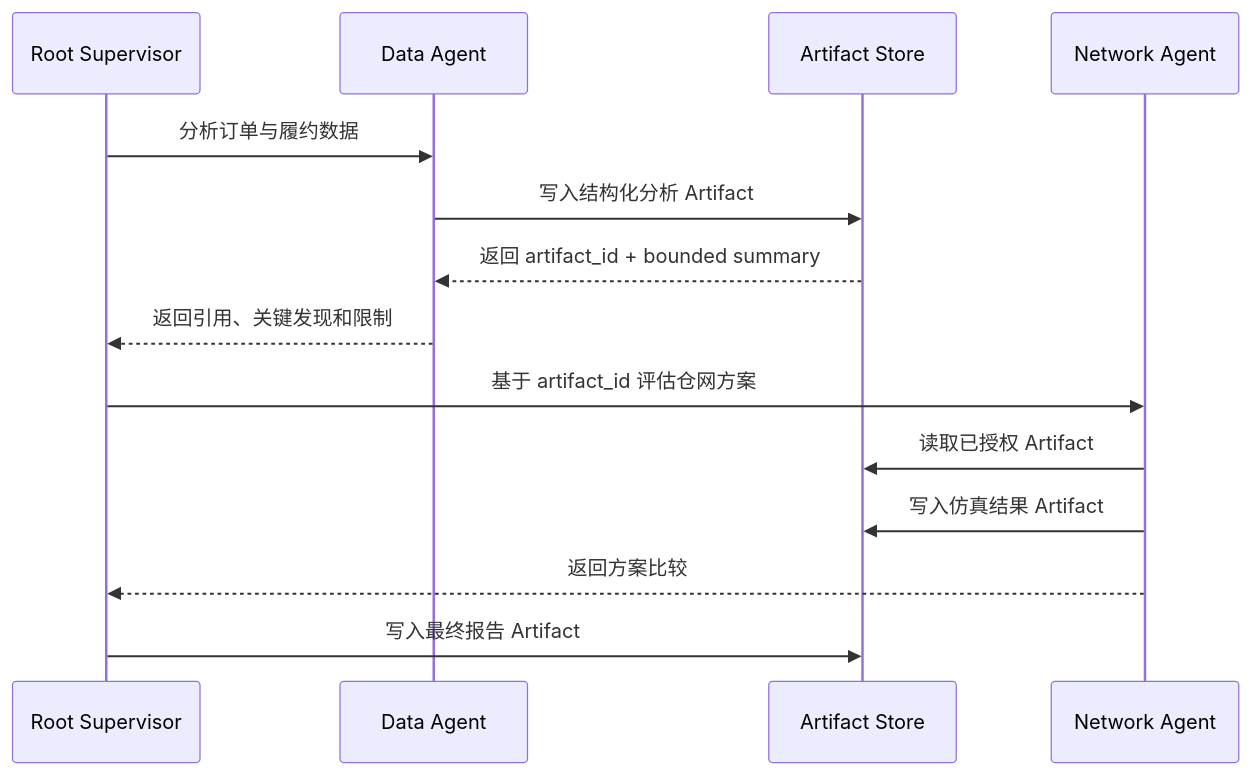
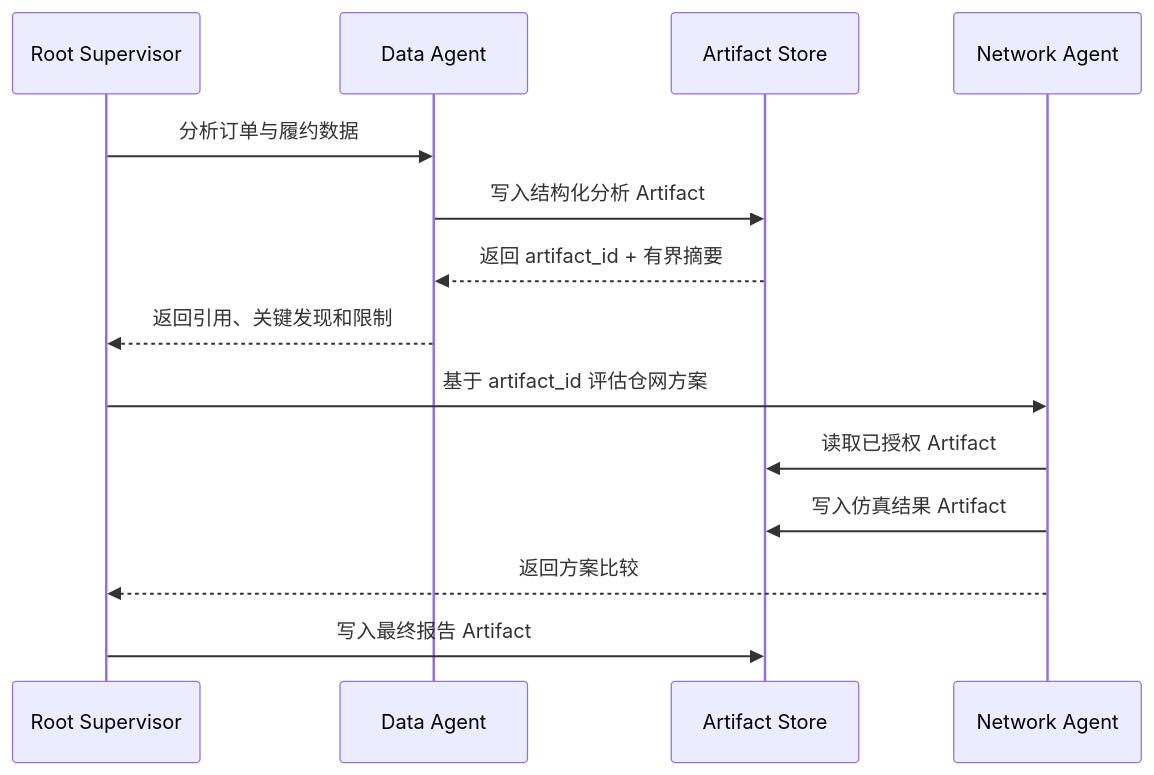
One commit to JO-WTF/open-web-codex changed the second of 6 diagrams in docs/enterprise-agent-platform-architecture.md. Above: the diagram before and after it, drawn with Mermaid. The commit also changed other lines of this file, not shown here.

Commit message:
docs: refine enterprise agent platform architecture

````diff
--- a/docs/enterprise-agent-platform-architecture.md
+++ b/docs/enterprise-agent-platform-architecture.md
@@ -1537,17 +1311,17 @@
 ```mermaid
 sequenceDiagram
     participant S as Root Supervisor
     participant D as Data Agent
     participant A as Artifact Store
     participant N as Network Agent
 
     S->>D: 分析订单与履约数据
     D->>A: 写入结构化分析 Artifact
-    A-->>D: 返回 artifact_id + bounded summary
+    A-->>D: 返回 artifact_id + 有界摘要
     D-->>S: 返回引用、关键发现和限制
     S->>N: 基于 artifact_id 评估仓网方案
     N->>A: 读取已授权 Artifact
     N->>A: 写入仿真结果 Artifact
     N-->>S: 返回方案比较
     S->>A: 写入最终报告 Artifact
 ```
````
